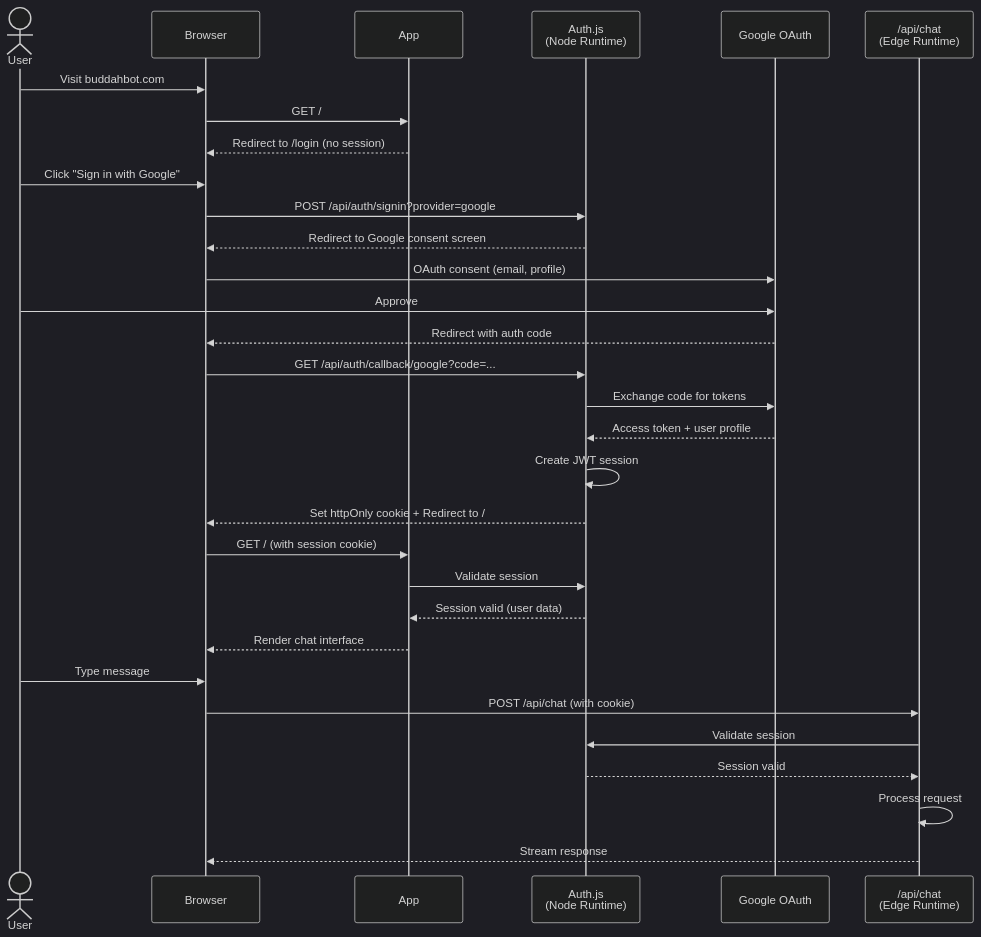
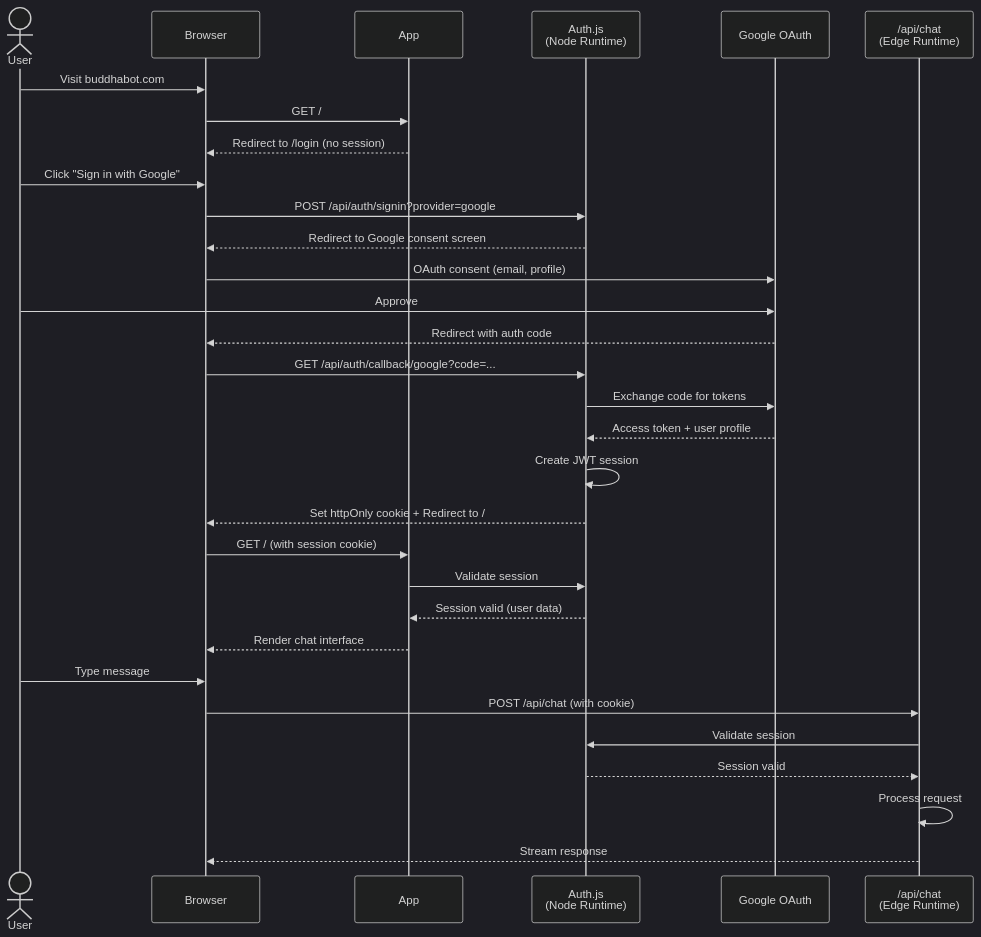
One commit to ajbmachon/buddah-bot changed the first of 6 diagrams in docs/architecture/core-workflows.md. Above: the diagram before and after it, drawn with Mermaid (dark theme). The commit also changed 39 other files, not shown here.

````diff
--- a/docs/architecture/core-workflows.md
+++ b/docs/architecture/core-workflows.md
@@ -5,39 +5,39 @@
 ```mermaid
 sequenceDiagram
     actor User
     participant Browser
     participant App
     participant AuthAPI as Auth.js<br/>(Node Runtime)
     participant Google as Google OAuth
     participant EdgeAPI as /api/chat<br/>(Edge Runtime)
 
-    User->>Browser: Visit buddahbot.com
+    User->>Browser: Visit buddhabot.com
     Browser->>App: GET /
     App-->>Browser: Redirect to /login (no session)
 
     User->>Browser: Click "Sign in with Google"
     Browser->>AuthAPI: POST /api/auth/signin?provider=google
     AuthAPI-->>Browser: Redirect to Google consent screen
 
     Browser->>Google: OAuth consent (email, profile)
     User->>Google: Approve
     Google-->>Browser: Redirect with auth code
 
     Browser->>AuthAPI: GET /api/auth/callback/google?code=...
     AuthAPI->>Google: Exchange code for tokens
     Google-->>AuthAPI: Access token + user profile
     AuthAPI->>AuthAPI: Create JWT session
     AuthAPI-->>Browser: Set httpOnly cookie + Redirect to /
 
     Browser->>App: GET / (with session cookie)
     App->>AuthAPI: Validate session
     AuthAPI-->>App: Session valid (user data)
     App-->>Browser: Render chat interface
 
     User->>Browser: Type message
     Browser->>EdgeAPI: POST /api/chat (with cookie)
     EdgeAPI->>AuthAPI: Validate session
     AuthAPI-->>EdgeAPI: Session valid
     EdgeAPI->>EdgeAPI: Process request
     EdgeAPI-->>Browser: Stream response
 ```
````
